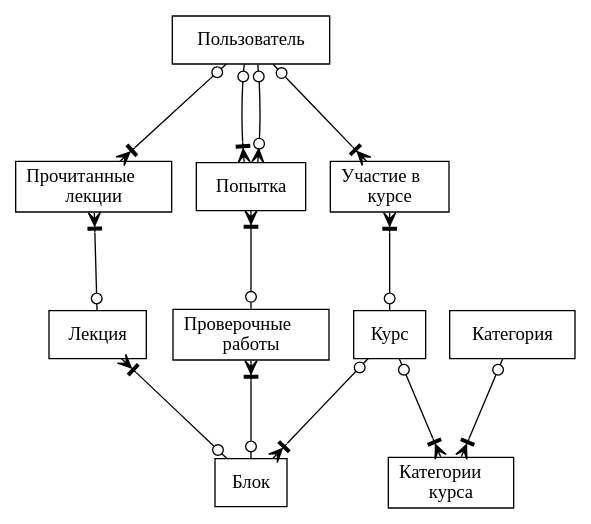
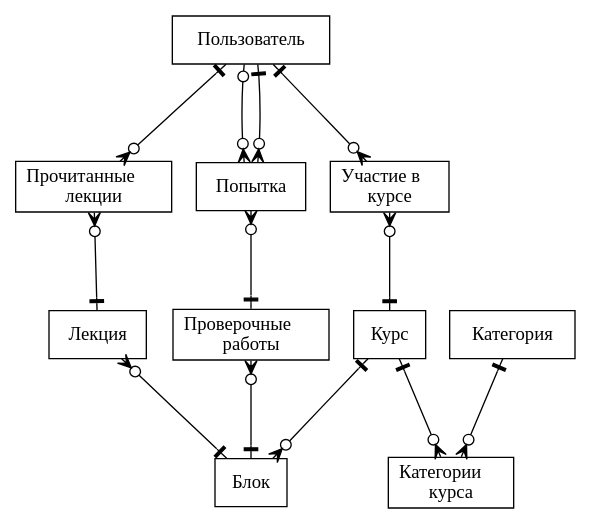
The diagram in Text/schemas/RDB_normalized.dot (AsciiShell/DB_project), drawn with Graphviz before and after one commit. The commit also changed 1 other file, not shown here.

```diff
--- a/Text/schemas/RDB_normalized.dot
+++ b/Text/schemas/RDB_normalized.dot
@@ -1,31 +1,31 @@
 digraph ERD {
   ranksep=1;
 
   User [ label="{<F> Пользователь}" shape = "record" ];
   Course [ label="{<F> Курс}" shape = "record" ];
   CourseCategory [ label="{<F> Категории\l курса}" shape = "record" ];
   Category [ label="{<F> Категория}" shape = "record" ];
   
   Block [ label="{<F> Блок}" shape = "record" ];
   Task [ label="{<F> Проверочные\l работы}" shape = "record" ];
   Solution [ label="{<F> Попытка}" shape = "record" ];
   Lecture [ label="{<F> Лекция}" shape = "record" ];
   CourseEnroll [ label="{<F> Участие&nbsp;в\l курсе}" shape = "record" ];
   LectureReaded [ label="{<F> Прочитанные \l лекции}" shape = "record" ];
  
-  User->CourseEnroll [arrowhead = crowotee, arrowtail = noneodot, dir=both];
-  User->LectureReaded[arrowhead = crowotee, arrowtail = noneodot, dir=both];
-  User->Solution[arrowhead = crowotee, arrowtail = noneodot, dir=both];
+  User->CourseEnroll [arrowhead = crowodot, arrowtail = noneotee, dir=both];
+  User->LectureReaded[arrowhead = crowodot, arrowtail = noneotee, dir=both];
   User->Solution[arrowhead = crowodot, arrowtail = noneodot, dir=both];
+  User->Solution[arrowhead = crowodot, arrowtail = noneotee, dir=both];
   
-  Solution->Task[arrowhead = noneodot, arrowtail = crowotee, dir=both];
-  CourseEnroll->Course [arrowhead = noneodot, arrowtail = crowotee, dir=both];
-  LectureReaded->Lecture[arrowhead = noneodot, arrowtail = crowotee, dir=both];
+  Solution->Task[arrowhead = noneotee, arrowtail = crowodot, dir=both];
+  CourseEnroll->Course [arrowhead = noneotee, arrowtail = crowodot, dir=both];
+  LectureReaded->Lecture[arrowhead = noneotee, arrowtail = crowodot, dir=both];
   
-  Task->Block[arrowhead = noneodot, arrowtail = crowotee, dir=both];
-  Course->Block[arrowhead = crowotee, arrowtail = noneodot, dir=both];
-  Lecture->Block[arrowhead = noneodot, arrowtail = crowotee, dir=both];
+  Task->Block[arrowhead = noneotee, arrowtail = crowodot, dir=both];
+  Course->Block[arrowhead = crowodot, arrowtail = noneotee, dir=both];
+  Lecture->Block[arrowhead = noneotee, arrowtail = crowodot, dir=both];
   
-  Course->CourseCategory[arrowhead = crowotee, arrowtail = noneodot, dir=both];
-  Category->CourseCategory[arrowhead = crowotee, arrowtail = noneodot, dir=both];
+  Course->CourseCategory[arrowhead = crowodot, arrowtail = noneotee, dir=both];
+  Category->CourseCategory[arrowhead = crowodot, arrowtail = noneotee, dir=both];
 }
```
